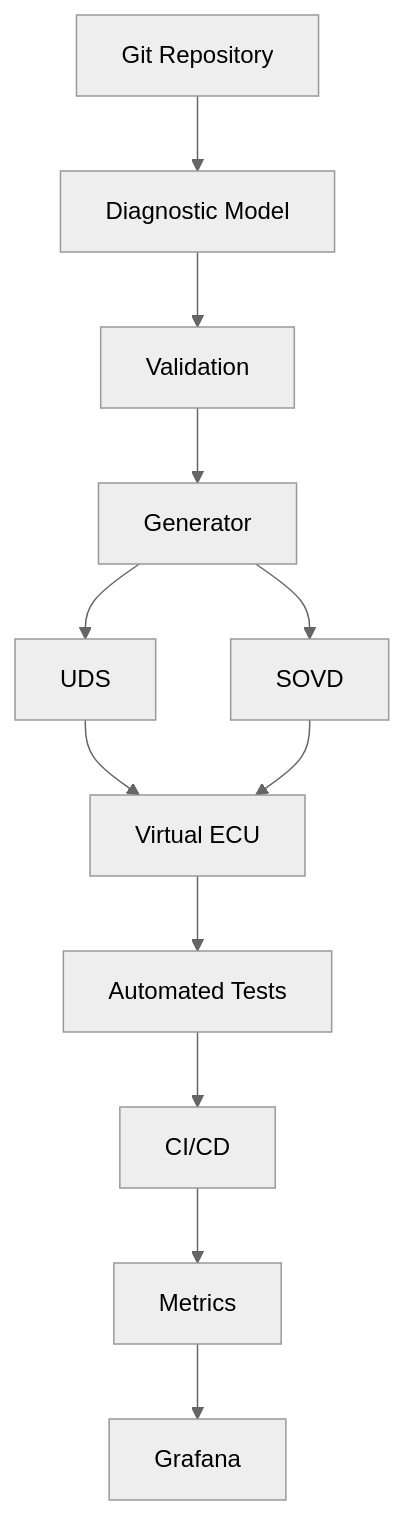
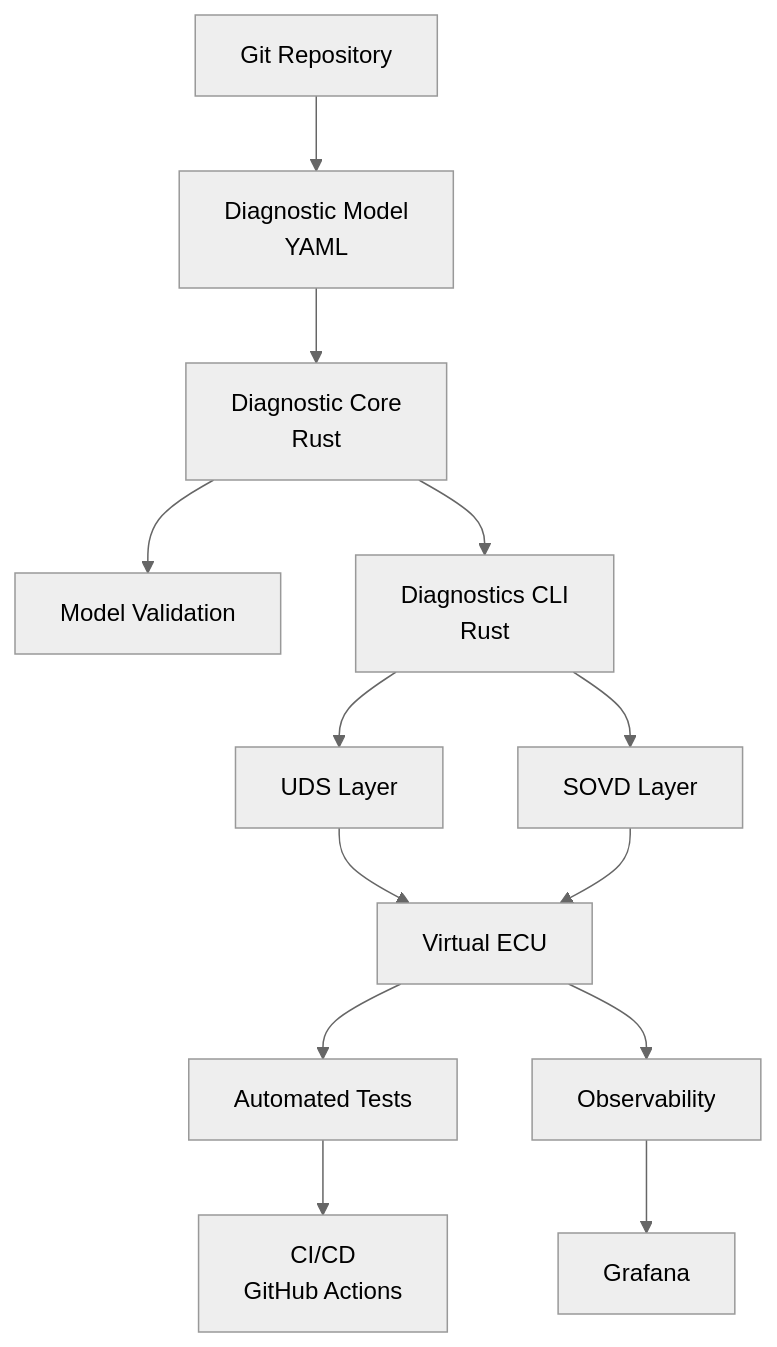
One commit to fedikk/Automotive-Diagnostics-as-Code changed the diagram in docs/architecture/overview.md. Above: the diagram before and after it, drawn with Mermaid (neutral theme). The commit also changed other lines of this file and 17 other files, not shown here.

Commit message:
refactor: adopt rust workspace architecture

````diff
--- a/docs/architecture/overview.md
+++ b/docs/architecture/overview.md
@@ -15,23 +15,45 @@
 ```mermaid
 flowchart TD
 
-    A[Git Repository] --> B[Diagnostic Model]
+    G[Git Repository]
 
-    B --> C[Validation]
+    M[Diagnostic Model<br/>YAML]
 
-    C --> D[Generator]
+    C[Diagnostic Core<br/>Rust]
 
-    D --> E[UDS]
-    D --> F[SOVD]
+    V[Model Validation]
 
-    E --> G[Virtual ECU]
-    F --> G
+    CLI[Diagnostics CLI<br/>Rust]
 
-    G --> H[Automated Tests]
+    U[UDS Layer]
 
-    H --> I[CI/CD]
+    S[SOVD Layer]
 
-    I --> J[Metrics]
+    E[Virtual ECU]
 
-    J --> K[Grafana]
+    T[Automated Tests]
+
+    CI[CI/CD<br/>GitHub Actions]
+
+    O[Observability]
+
+    GR[Grafana]
+
+    G --> M
+    M --> C
+
+    C --> V
+    C --> CLI
+
+    CLI --> U
+    CLI --> S
+
+    U --> E
+    S --> E
+
+    E --> T
+    T --> CI
+
+    E --> O
+    O --> GR
 ```
````
